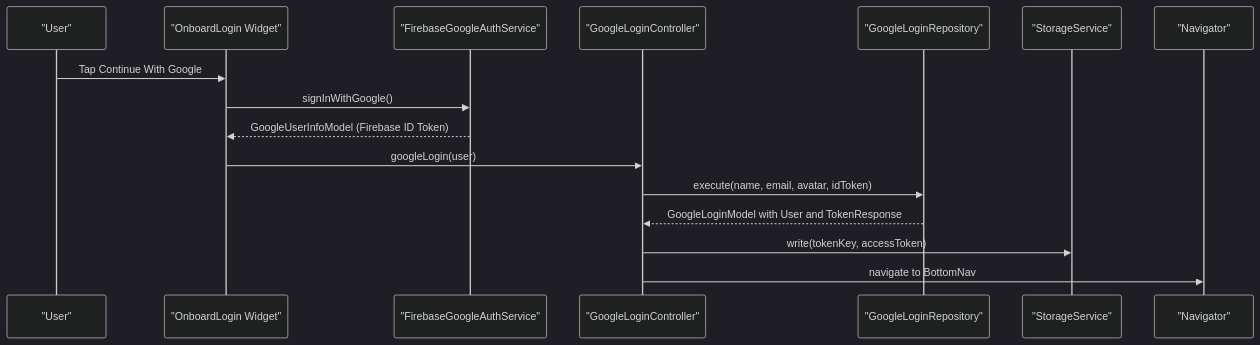
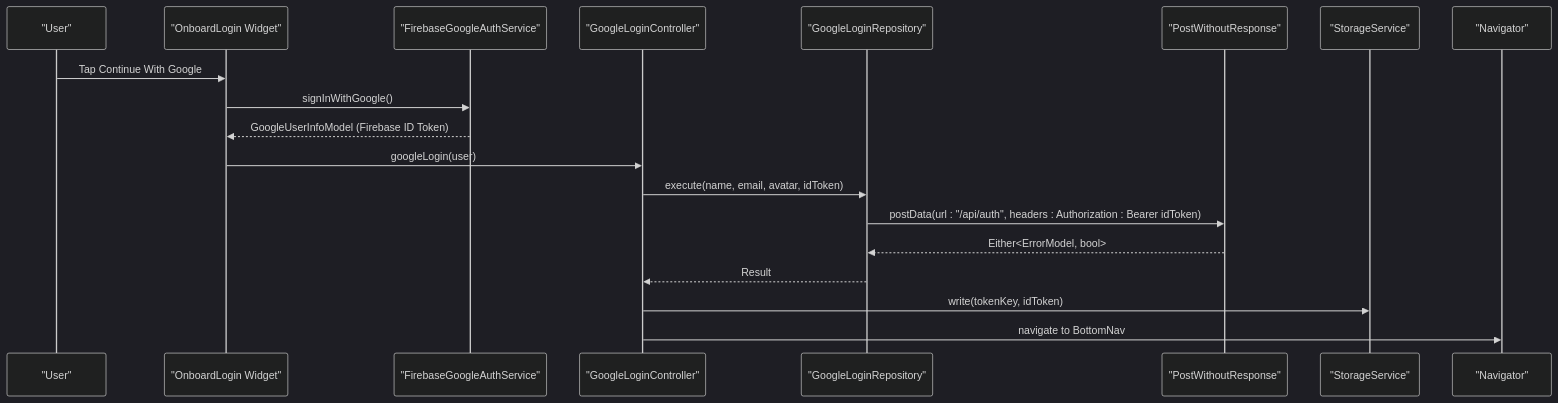
The seventh of 12 diagrams in .qoder/repowiki/en/content/Core Features/Authentication System/Authentication System.md (Ariful3111/FurniGo), drawn with Mermaid (dark theme) before and after one commit. The commit also changed other lines of this file and 23 other files, not shown here.

````diff
--- a/.qoder/repowiki/en/content/Core Features/Authentication System/Authentication System.md
+++ b/.qoder/repowiki/en/content/Core Features/Authentication System/Authentication System.md
@@ -469,18 +471,21 @@
 ```mermaid
 sequenceDiagram
 participant User as "User"
 participant OLW as "OnboardLogin Widget"
 participant FGAS as "FirebaseGoogleAuthService"
 participant GLC as "GoogleLoginController"
 participant GLR as "GoogleLoginRepository"
+participant PWR as "PostWithoutResponse"
 participant Storage as "StorageService"
 participant Nav as "Navigator"
 User->>OLW : Tap Continue With Google
 OLW->>FGAS : signInWithGoogle()
 FGAS-->>OLW : GoogleUserInfoModel (Firebase ID Token)
 OLW->>GLC : googleLogin(user)
 GLC->>GLR : execute(name, email, avatar, idToken)
-GLR-->>GLC : GoogleLoginModel with User and TokenResponse
-GLC->>Storage : write(tokenKey, accessToken)
+GLR->>PWR : postData(url : "/api/auth", headers : Authorization : Bearer idToken)
+PWR-->>GLR : Either<ErrorModel, bool>
+GLR-->>GLC : Result
+GLC->>Storage : write(tokenKey, idToken)
 GLC->>Nav : navigate to BottomNav
 ```
````
